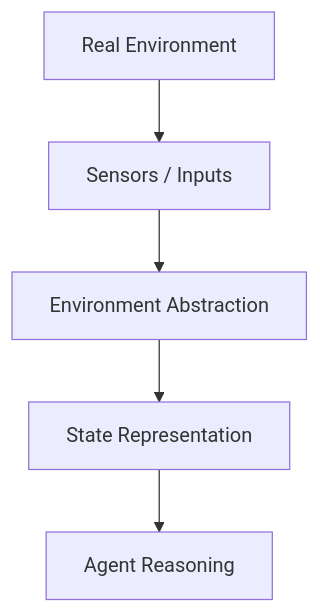
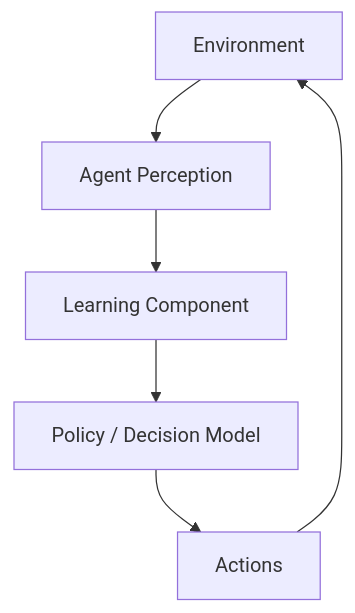
One commit to m-rizqinovniari/agentic-handbook changed the first of 6 diagrams in docusaurus/docs/part-1/chapter-4.md. Above: the diagram before and after it, drawn with Mermaid. The commit also changed other lines of this file and 19 other files, not shown here.

````diff
--- a/docusaurus/docs/part-1/chapter-4.md
+++ b/docusaurus/docs/part-1/chapter-4.md
@@ -92,13 +93,8 @@
 ```mermaid
-flowchart TD
-    RealWorld[Real Environment]
-    Sensors[Sensors / Inputs]
-    Abstraction[Environment Abstraction]
-    StateModel[State Representation]
-    Agent[Agent Reasoning]
-
-    RealWorld --> Sensors
-    Sensors --> Abstraction
-    Abstraction --> StateModel
-    StateModel --> Agent
+graph TD
+    A[Environment] --> B[Agent Perception]
+    B --> C[Learning Component]
+    C --> D[Policy / Decision Model]
+    D --> E[Actions]
+    E --> A
 ```
````
